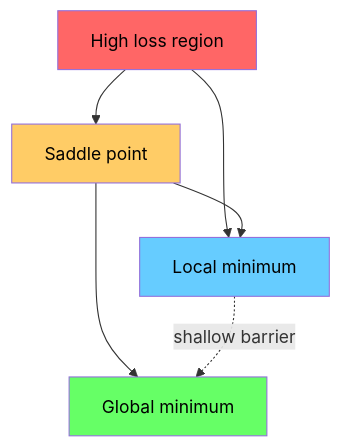
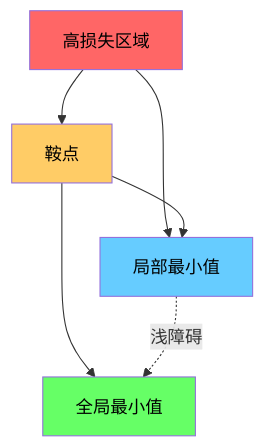
The fifth of 5 diagrams in lessons/01-math-foundations/08-optimization/docs/zh.md (guangningsun/ailearning), drawn with Mermaid before and after one commit. The commit also changed other lines of this file and 53 other files, not shown here.

````diff
--- a/lessons/01-math-foundations/08-optimization/docs/zh.md
+++ b/lessons/01-math-foundations/08-optimization/docs/zh.md
@@ -183,12 +183,12 @@
 ```mermaid
 graph TD
-    HL["High loss region"] --> SP["Saddle point"]
-    HL --> LM["Local minimum"]
+    HL["高损失区域"] --> SP["鞍点"]
+    HL --> LM["局部最小值"]
     SP --> LM
-    SP --> GM["Global minimum"]
-    LM -.->|"shallow barrier"| GM
+    SP --> GM["全局最小值"]
+    LM -.->|"浅障碍"| GM
     style HL fill:#ff6666,color:#000
     style SP fill:#ffcc66,color:#000
     style LM fill:#66ccff,color:#000
     style GM fill:#66ff66,color:#000
 ```
````
